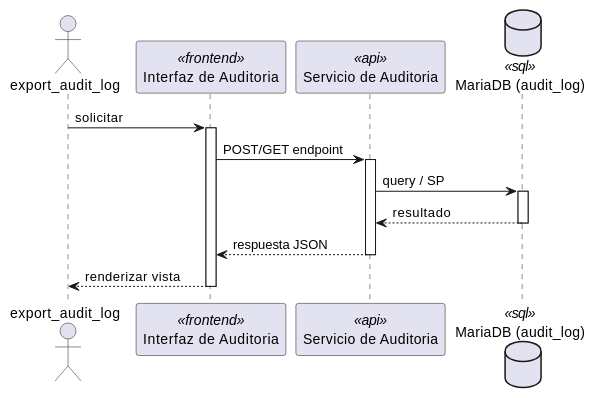
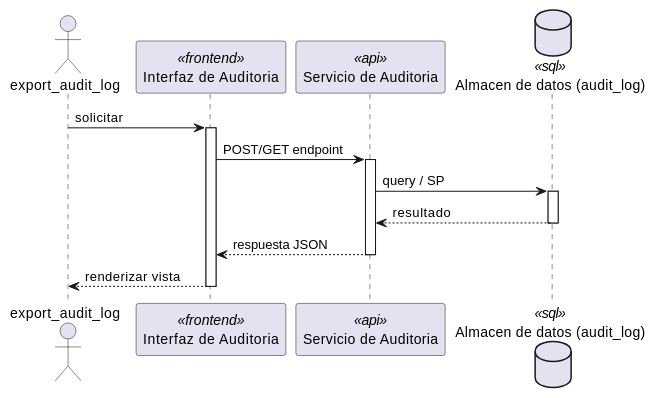
The diagram in source/arquitectura-tecnica/DesignView/exportar-auditoria-secuencia.rst (jcg-admin/IACT-docs), drawn with PlantUML before and after one commit. The commit also changed 160 other files, not shown here.

```diff
--- a/source/arquitectura-tecnica/DesignView/exportar-auditoria-secuencia.rst
+++ b/source/arquitectura-tecnica/DesignView/exportar-auditoria-secuencia.rst
@@ -25,28 +25,28 @@
 .. uml::
  :caption: UC_AUD_03 — Design View (secuencia)
 
  @startuml
 
  actor "export_audit_log" as export_audit_log
  participant "Interfaz de Auditoria" as Iface <<frontend>>
  participant "Servicio de Auditoria" as SvcNode <<api>>
- database "MariaDB (audit_log)" as Store <<sql>>
+ database "Almacen de datos (audit_log)" as Store <<sql>>
 
  export_audit_log -> Iface : solicitar
  activate Iface
 
  Iface -> SvcNode : POST/GET endpoint
  activate SvcNode
 
  SvcNode -> Store : query / SP
  activate Store
  Store --> SvcNode : resultado
  deactivate Store
 
  SvcNode --> Iface : respuesta JSON
  deactivate SvcNode
 
  Iface --> export_audit_log : renderizar vista
  deactivate Iface
 
  @enduml
```
